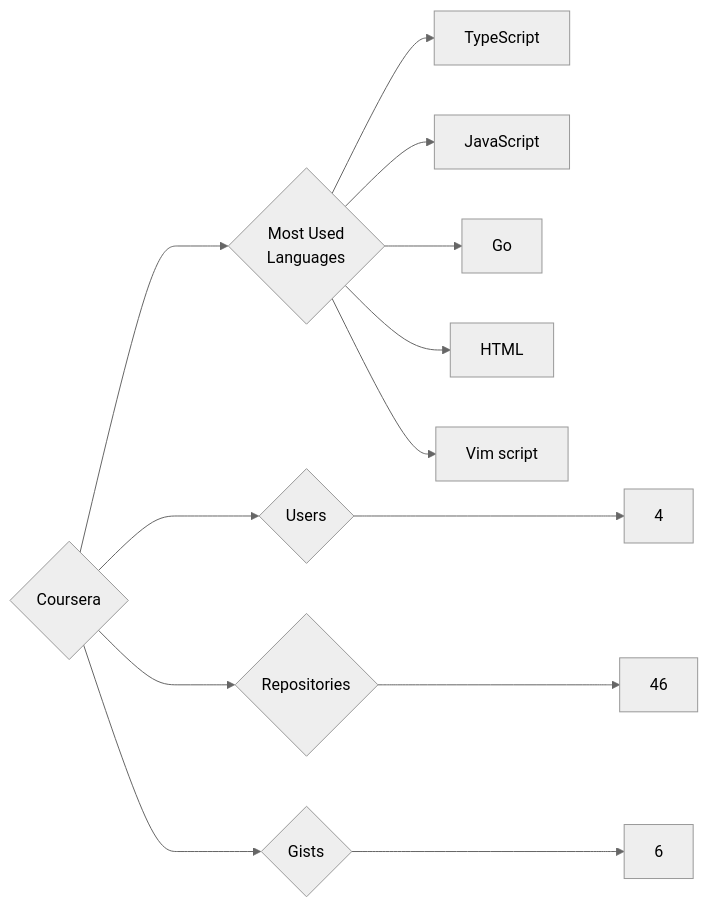
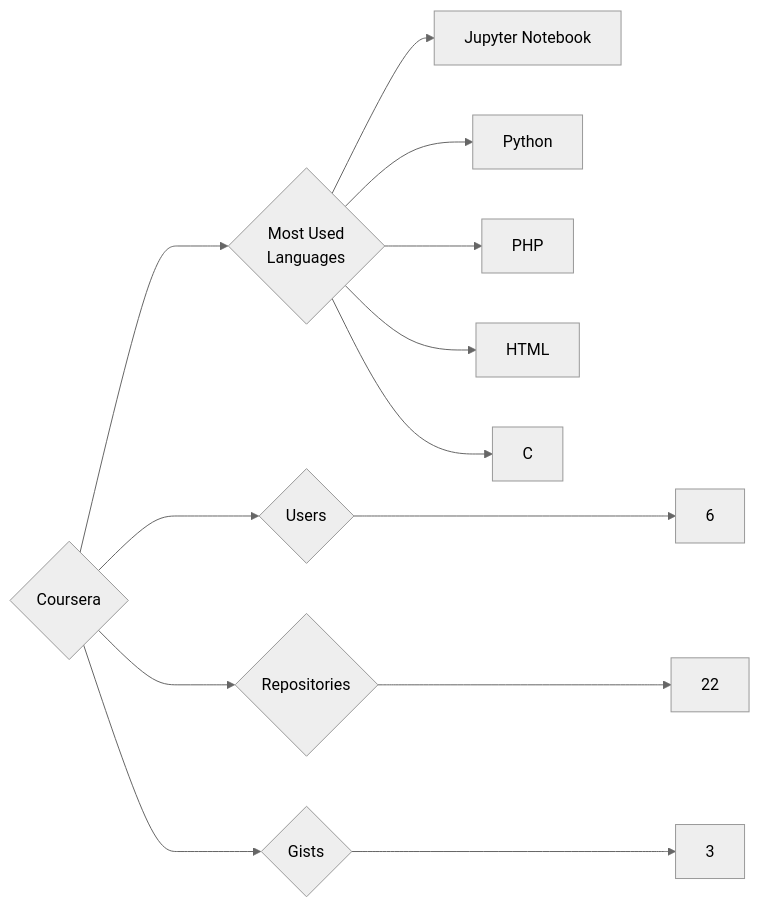
One commit to trickest/insiders changed the diagram in targets/Coursera/README.md. Above: the diagram before and after it, drawn with Mermaid (neutral theme). The commit also changed 925 other files, not shown here.

````diff
--- a/targets/Coursera/README.md
+++ b/targets/Coursera/README.md
@@ -3,13 +3,13 @@
 ```mermaid
 graph LR
 COMPANY_NAME{Coursera}
-COMPANY_NAME ---> U{Users} ---> UN[4]
-COMPANY_NAME ---> R{Repositories} ---> RN[46]
-COMPANY_NAME ---> G{Gists} ---> GN[6]
+COMPANY_NAME ---> U{Users} ---> UN[6]
+COMPANY_NAME ---> R{Repositories} ---> RN[22]
+COMPANY_NAME ---> G{Gists} ---> GN[3]
 COMPANY_NAME ---> ML{Most Used<br>Languages}
-ML --> TypeScript[TypeScript]
-ML --> JavaScript[JavaScript]
-ML --> Go[Go]
+ML --> Jupyter_Notebook[Jupyter Notebook]
+ML --> Python[Python]
+ML --> PHP[PHP]
 ML --> HTML[HTML]
-ML --> Vim_script[Vim script]
+ML --> C[C]
 ```
````
